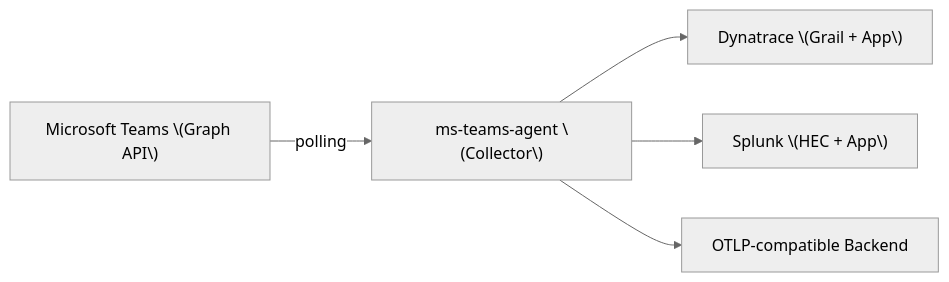
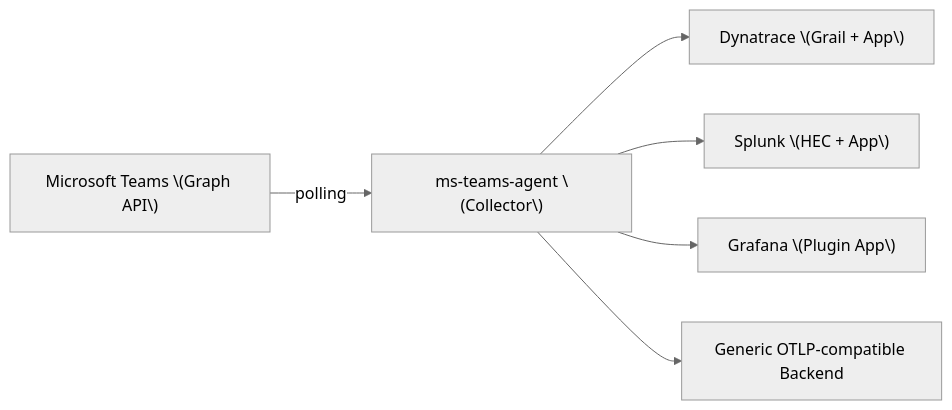
One commit to Phenisys/microsoft-teams-observability-documentation changed the diagram in src/content/docs/getting-started/index.mdx. Above: the diagram before and after it, drawn with Mermaid (neutral theme). The commit also changed other lines of this file and 39 other files, not shown here.

````diff
--- a/src/content/docs/getting-started/index.mdx
+++ b/src/content/docs/getting-started/index.mdx
@@ -38,7 +38,8 @@
 ```mermaid
 graph LR
     A["Microsoft Teams \(Graph API\)"] -->|polling| B["ms-teams-agent \(Collector\)"]
     B --> C["Dynatrace \(Grail + App\)"]
     B --> D["Splunk \(HEC + App\)"]
-    B --> G["OTLP-compatible Backend"]
+    B --> E["Grafana \(Plugin App\)"]
+    B --> G["Generic OTLP-compatible Backend"]
 ```
````
